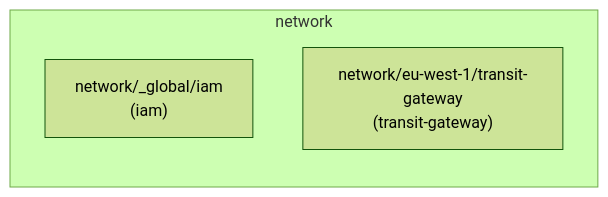
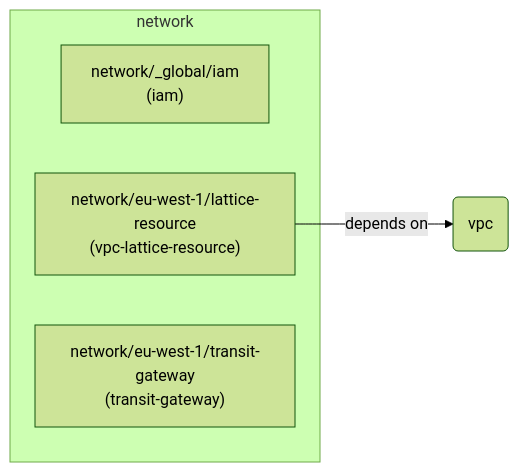
Before and after one commit to 100rd/platform-design: the diagram in docs/diagrams/network.md, drawn with Mermaid (forest theme). The commit also changed 1 other file, not shown here.

Commit message:
docs: regenerate infrastructure diagrams

````diff
--- a/docs/diagrams/network.md
+++ b/docs/diagrams/network.md
@@ -7,7 +7,9 @@
 ```mermaid
 graph LR
   subgraph network["network"]
     network__global_iam["network/_global/iam<br/>(iam)"]
+    network_eu_west_1_lattice_resource["network/eu-west-1/lattice-resource<br/>(vpc-lattice-resource)"]
     network_eu_west_1_transit_gateway["network/eu-west-1/transit-gateway<br/>(transit-gateway)"]
   end
+  network_eu_west_1_lattice_resource -->|depends on| network_eu_west_1_lattice_resource__dep__vpc(vpc)
 ```
````
